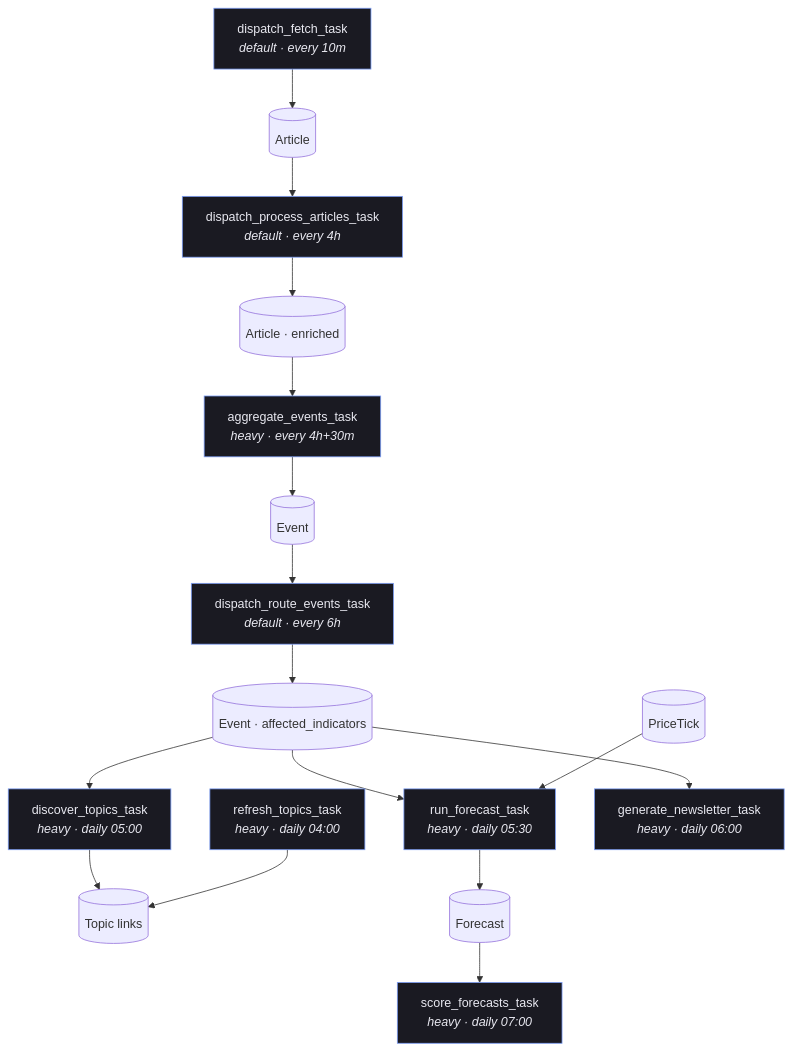
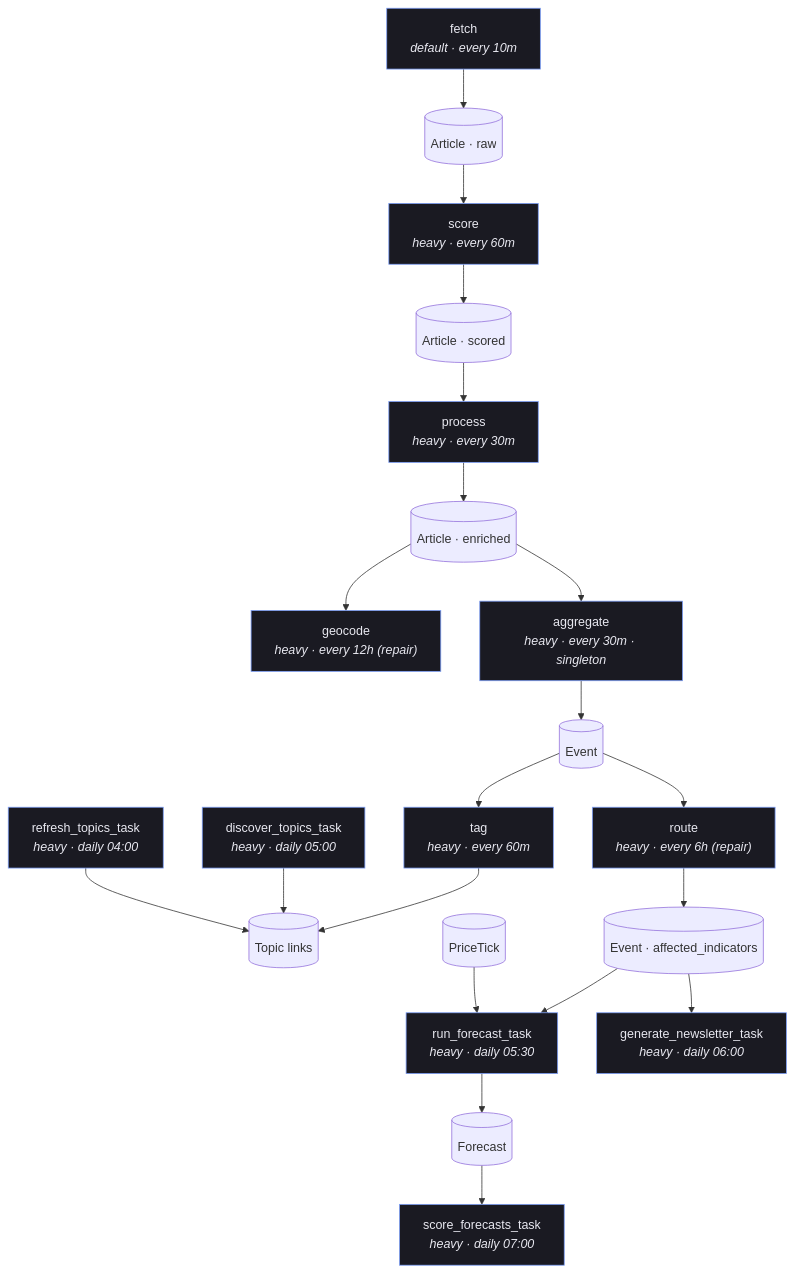
One commit to jameelhamdan/event-horizon changed the first of 2 diagrams in docs/pipeline.md. Above: the diagram before and after it, drawn with Mermaid. The commit also changed other lines of this file and 54 other files, not shown here.

````diff
--- a/docs/pipeline.md
+++ b/docs/pipeline.md
@@ -15,21 +31,25 @@
 ```mermaid
 flowchart TD
-    F["dispatch_fetch_task<br/><i>default · every 10m</i>"] --> A1[(Article)]
-    A1 --> P["dispatch_process_articles_task<br/><i>default · every 4h</i>"]
+    F["fetch<br/><i>default · every 10m</i>"] --> A0[(Article · raw)]
+    A0 --> SC["score<br/><i>heavy · every 60m</i>"]
+    SC --> A1[(Article · scored)]
+    A1 --> P["process<br/><i>heavy · every 30m</i>"]
     P --> A2[(Article · enriched)]
-    A2 --> AG["aggregate_events_task<br/><i>heavy · every 4h+30m</i>"]
+    A2 --> GC["geocode<br/><i>heavy · every 12h (repair)</i>"]
+    A2 --> AG["aggregate<br/><i>heavy · every 30m · singleton</i>"]
     AG --> E[(Event)]
-    E --> RE["dispatch_route_events_task<br/><i>default · every 6h</i>"]
+    E --> T["tag<br/><i>heavy · every 60m</i>"]
+    E --> RE["route<br/><i>heavy · every 6h (repair)</i>"]
+    T --> TL[(Topic links)]
     RE --> EI[(Event · affected_indicators)]
-    EI --> DT["discover_topics_task<br/><i>heavy · daily 05:00</i>"]
-    DT --> T[(Topic links)]
-    RT["refresh_topics_task<br/><i>heavy · daily 04:00</i>"] --> T
+    DT["discover_topics_task<br/><i>heavy · daily 05:00</i>"] --> TL
+    RT["refresh_topics_task<br/><i>heavy · daily 04:00</i>"] --> TL
     EI --> RF["run_forecast_task<br/><i>heavy · daily 05:30</i>"]
     PT[(PriceTick)] --> RF
     RF --> FC[(Forecast)]
     FC --> SF["score_forecasts_task<br/><i>heavy · daily 07:00</i>"]
     EI --> GN["generate_newsletter_task<br/><i>heavy · daily 06:00</i>"]
 
     classDef q fill:#1a1a22,stroke:#7c9ef8,color:#e8e8f0;
-    class F,P,AG,RE,DT,RT,RF,SF,GN q;
+    class F,SC,P,GC,AG,T,RE,DT,RT,RF,SF,GN q;
 ```
````
